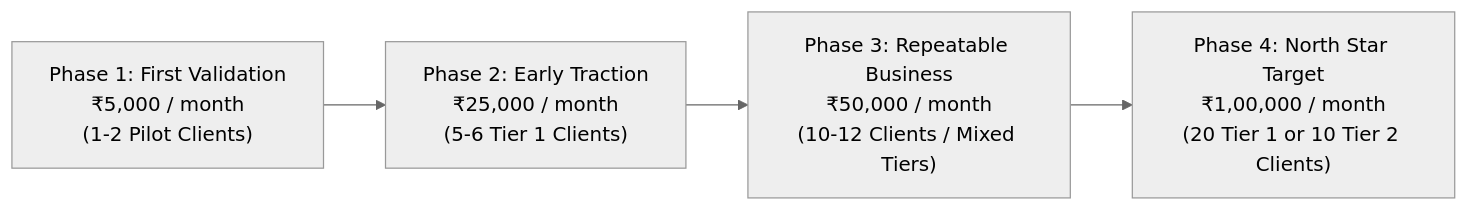
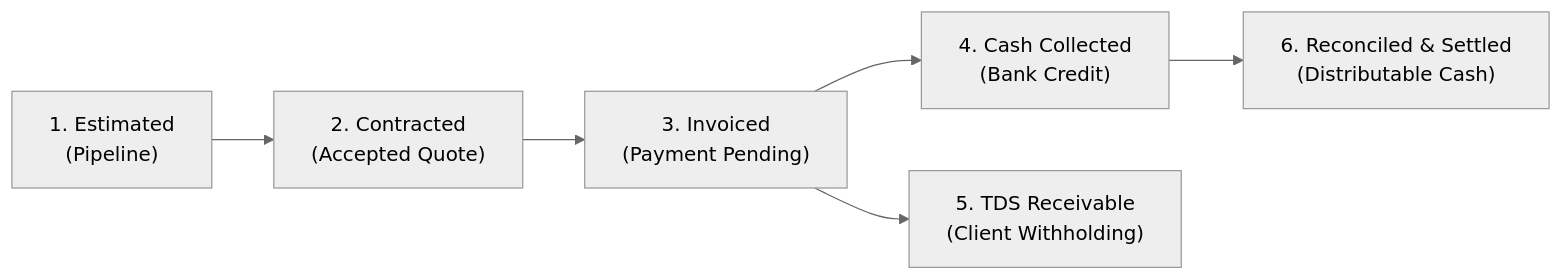
One commit to bhavesh20042006/SOLOEARN changed the second of 2 diagrams in commercial/PRICING_AND_UNIT_ECONOMICS.md. Above: the diagram before and after it, drawn with Mermaid (neutral theme). The commit also changed other lines of this file and 6 other files, not shown here.

````diff
--- a/commercial/PRICING_AND_UNIT_ECONOMICS.md
+++ b/commercial/PRICING_AND_UNIT_ECONOMICS.md
@@ -71,6 +138,8 @@
 ```mermaid
 flowchart LR
-    M1["Phase 1: First Validation<br>₹5,000 / month<br>(1-2 Pilot Clients)"] --> M2["Phase 2: Early Traction<br>₹25,000 / month<br>(5-6 Tier 1 Clients)"]
-    M2 --> M3["Phase 3: Repeatable Business<br>₹50,000 / month<br>(10-12 Clients / Mixed Tiers)"]
-    M3 --> M4["Phase 4: North Star Target<br>₹1,00,000 / month<br>(20 Tier 1 or 10 Tier 2 Clients)"]
+    E["1. Estimated<br>(Pipeline)"] --> C["2. Contracted<br>(Accepted Quote)"]
+    C --> I["3. Invoiced<br>(Payment Pending)"]
+    I --> K["4. Cash Collected<br>(Bank Credit)"]
+    I --> T["5. TDS Receivable<br>(Client Withholding)"]
+    K --> R["6. Reconciled & Settled<br>(Distributable Cash)"]
 ```
````
